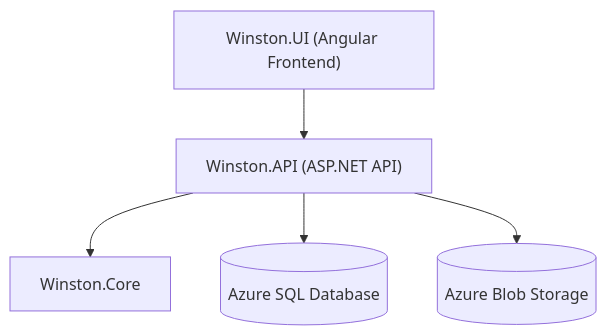
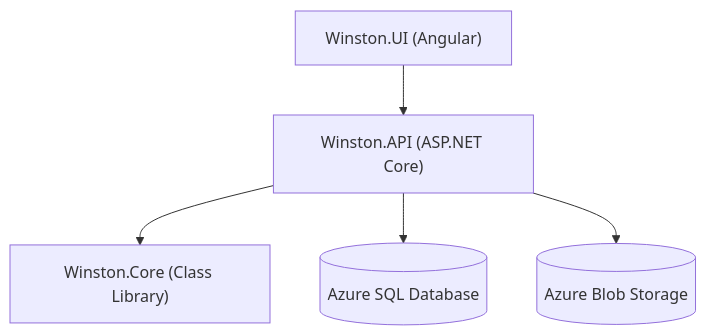
The diagram in README.md (matthewbfarnsworth/WINSTON), drawn with Mermaid before and after one commit. The commit also changed other lines of this file and 10 other files, not shown here.

Commit message:
feat: initialize .NET solution feat: initialize Winston.Core library feat: initialize Winston.API webapi

````diff
--- a/README.md
+++ b/README.md
@@ -12,7 +12,7 @@
 ```mermaid
 graph TD
-    UI["Winston.UI (Angular Frontend)"] --> API["Winston.API (ASP.NET API)"]
-    API --> Core["Winston.Core"]
+    UI["Winston.UI (Angular)"] --> API["Winston.API (ASP.NET Core)"]
+    API --> Core["Winston.Core (Class Library)"]
     API --> DB[("Azure SQL Database")]
     API --> Blob[("Azure Blob Storage")]
 ```
````
